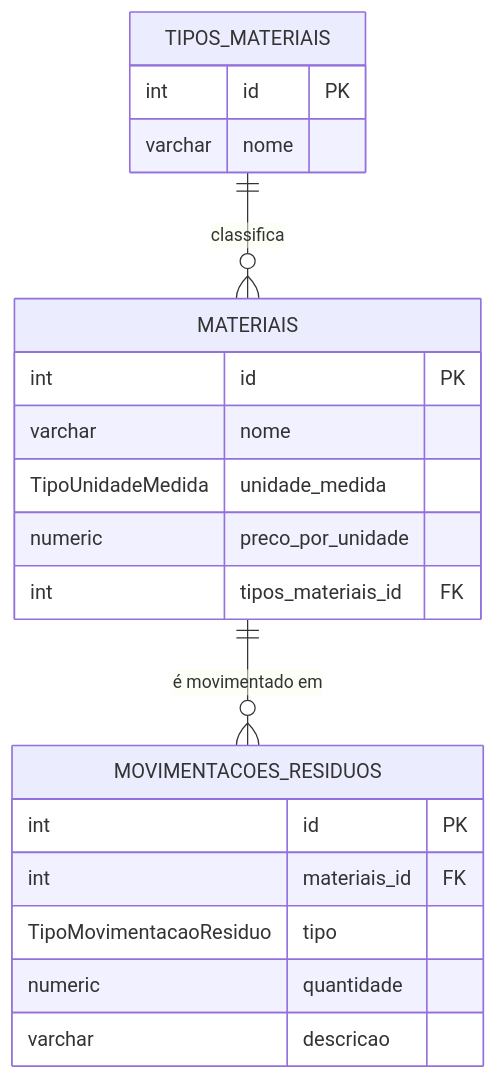
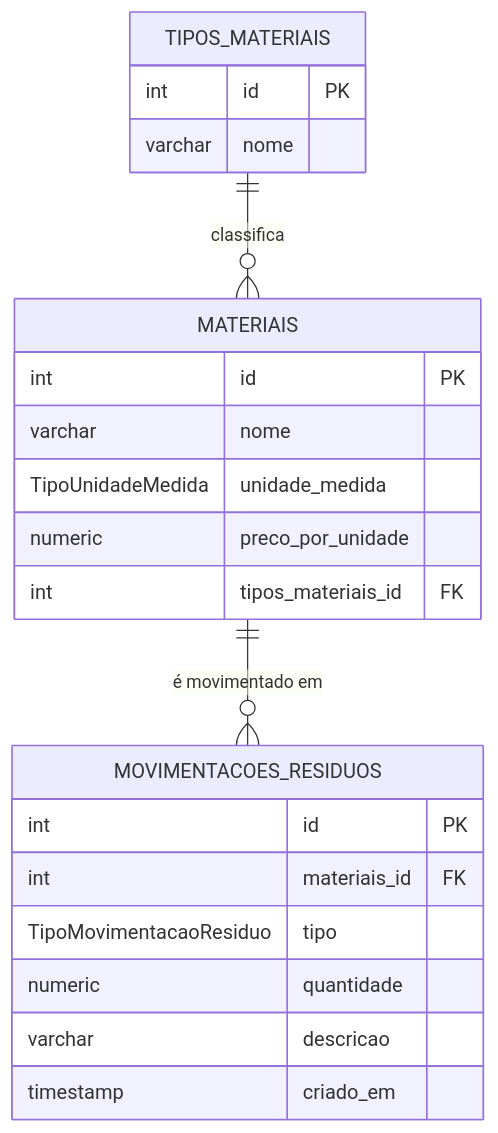
Before and after one commit to RafaelBeninca/economia-circular-backend: the diagram in docs/modelo-de-dominio.md, drawn with Mermaid. The commit also changed other lines of this file and 2 other files, not shown here.

````diff
--- a/docs/modelo-de-dominio.md
+++ b/docs/modelo-de-dominio.md
@@ -51,24 +52,25 @@
 ```mermaid
 erDiagram
     TIPOS_MATERIAIS ||--o{ MATERIAIS : "classifica"
     MATERIAIS ||--o{ MOVIMENTACOES_RESIDUOS : "é movimentado em"
 
     TIPOS_MATERIAIS {
         int id PK
         varchar nome
     }
     MATERIAIS {
         int id PK
         varchar nome
         TipoUnidadeMedida unidade_medida
         numeric preco_por_unidade
         int tipos_materiais_id FK
     }
     MOVIMENTACOES_RESIDUOS {
         int id PK
         int materiais_id FK
         TipoMovimentacaoResiduo tipo
         numeric quantidade
         varchar descricao
+        timestamp criado_em
     }
 ```
````
